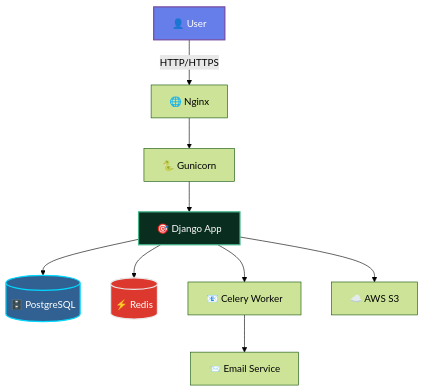
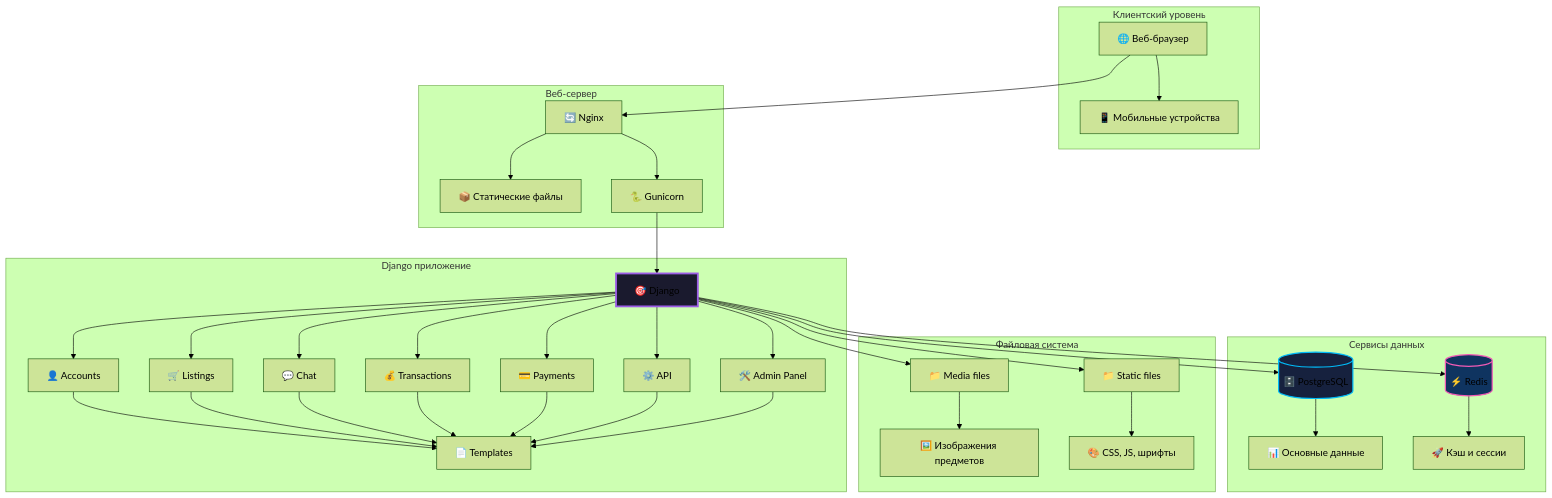
One commit to reazonvan/LootLink---Marketplace changed the diagram in README.md. Above: the diagram before and after it, drawn with Mermaid (forest theme). The commit also changed other lines of this file, not shown here.

````diff
--- a/README.md
+++ b/README.md
@@ -268,16 +145,50 @@
 ```mermaid
 graph TB
-    A[👤 User] -->|HTTP/HTTPS| B[🌐 Nginx]
-    B --> C[🐍 Gunicorn]
-    C --> D[🎯 Django App]
-    D --> E[(🗄️ PostgreSQL)]
-    D --> F[(⚡ Redis)]
-    D --> G[📧 Celery Worker]
-    G --> H[📨 Email Service]
-    D --> I[☁️ AWS S3]
+    subgraph "Клиентский уровень"
+        A[🌐 Веб-браузер] --> B[📱 Мобильные устройства]
+    end
     
-    style A fill:#667eea,stroke:#764ba2,stroke-width:2px,color:#fff
-    style D fill:#092E20,stroke:#44B78B,stroke-width:2px,color:#fff
-    style E fill:#316192,stroke:#00D9FF,stroke-width:2px,color:#fff
-    style F fill:#DC382D,stroke:#E8E8E8,stroke-width:2px,color:#fff
+    subgraph "Веб-сервер"
+        C[🔄 Nginx] --> D[📦 Статические файлы]
+        C --> E[🐍 Gunicorn]
+    end
+    
+    subgraph "Django приложение"
+        F[🎯 Django] --> G[👤 Accounts]
+        F --> H[🛒 Listings]
+        F --> I[💬 Chat]
+        F --> J[💰 Transactions]
+        F --> K[💳 Payments]
+        F --> L[⚙️ API]
+        F --> M[🛠️ Admin Panel]
+        
+        G --> N[📄 Templates]
+        H --> N
+        I --> N
+        J --> N
+        K --> N
+        L --> N
+        M --> N
+    end
+    
+    subgraph "Сервисы данных"
+        O[(🗄️ PostgreSQL)] --> P[📊 Основные данные]
+        Q[(⚡ Redis)] --> R[🚀 Кэш и сессии]
+    end
+    
+    subgraph "Файловая система"
+        S[📁 Media files] --> T[🖼️ Изображения предметов]
+        U[📁 Static files] --> V[🎨 CSS, JS, шрифты]
+    end
+    
+    A --> C
+    E --> F
+    F --> O
+    F --> Q
+    F --> S
+    F --> U
+    
+    style F fill:#1a1a2e,stroke:#9b5de5,stroke-width:3px
+    style O fill:#16213e,stroke:#00bbf9,stroke-width:2px
+    style Q fill:#0f3460,stroke:#f15bb5,stroke-width:2px
 ```
````
